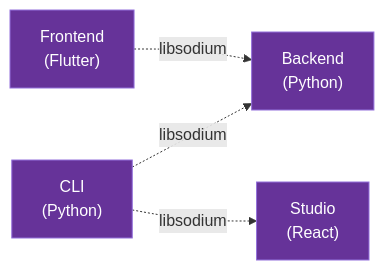
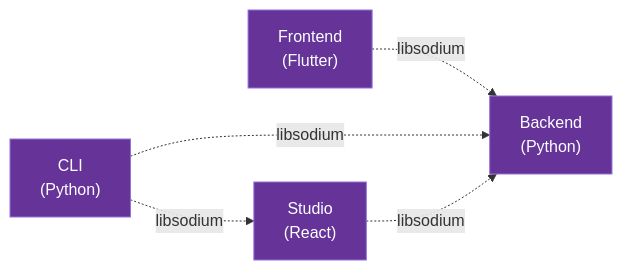
One commit to boeni-industries/aico changed the diagram in docs/security/transit_security.md. Above: the diagram before and after it, drawn with Mermaid. The commit also changed other lines of this file and 2 other files, not shown here.

````diff
--- a/docs/security/transit_security.md
+++ b/docs/security/transit_security.md
@@ -27,14 +27,15 @@
 ```mermaid
 flowchart LR
     Frontend["Frontend<br/>(Flutter)"] 
     Backend["Backend<br/>(Python)"]
     CLI["CLI<br/>(Python)"]
     Studio["Studio<br/>(React)"]
     
     Frontend -.->|libsodium| Backend
     CLI -.->|libsodium| Backend  
     CLI -.->|libsodium| Studio
+    Studio -.->|libsodium| Backend
     
     classDef secure fill:#663399,stroke:#9370DB,color:#fff
     class Frontend,Backend,CLI,Studio secure
 ```
````
